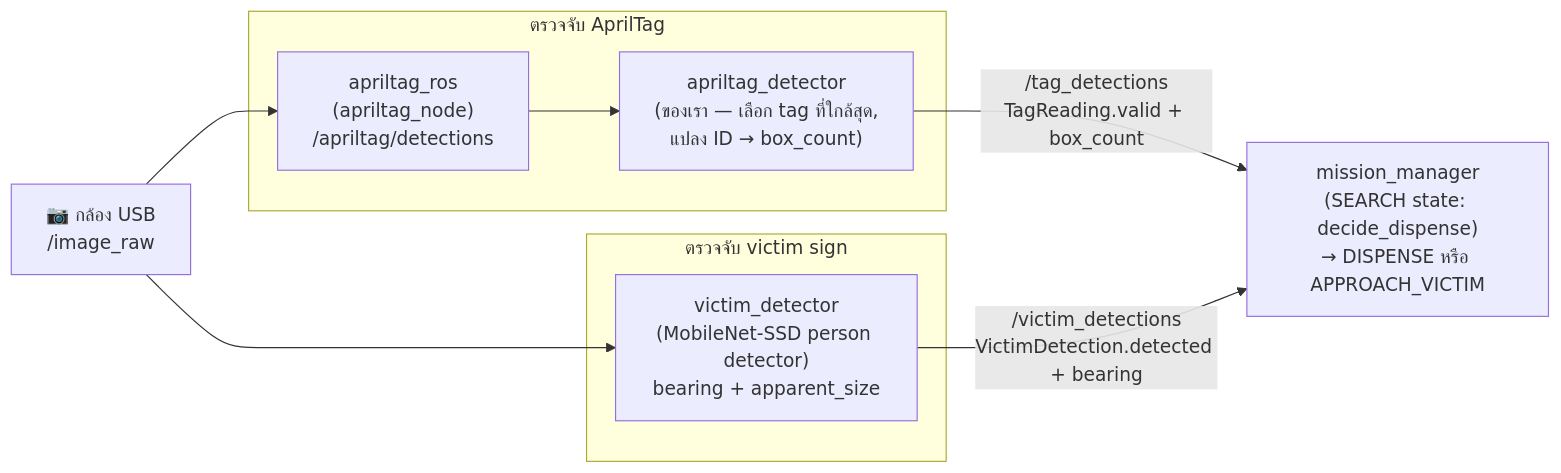
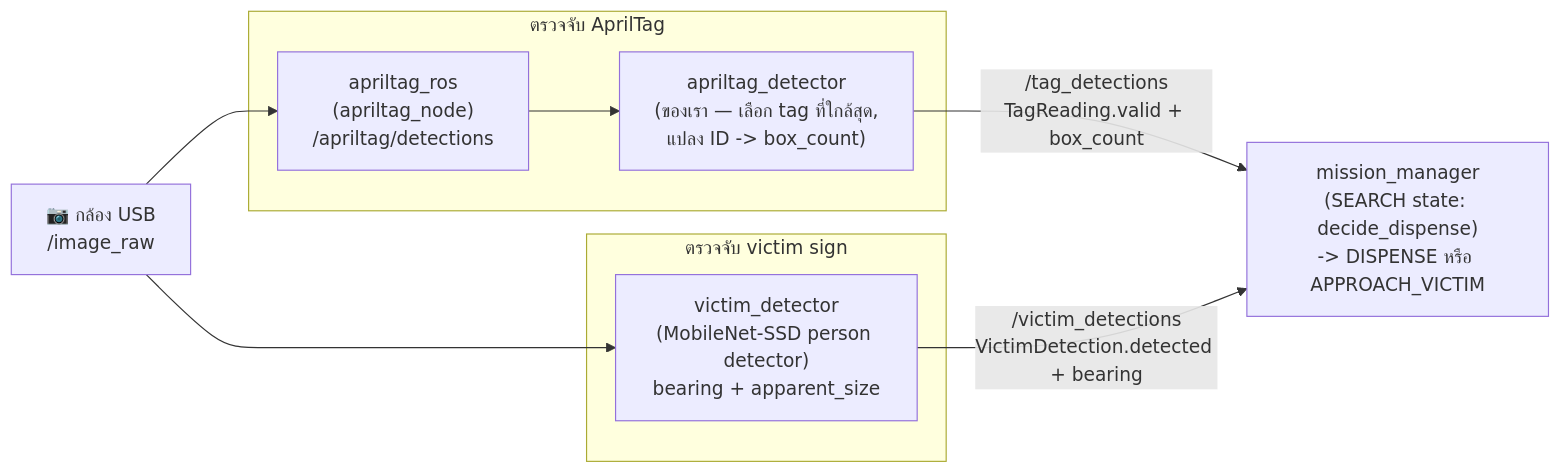
One commit to robotkub/turtlebot3 changed the diagram in docs/th/06-vision.md. Above: the diagram before and after it, drawn with Mermaid. The commit also changed other lines of this file and 34 other files, not shown here.

````diff
--- a/docs/th/06-vision.md
+++ b/docs/th/06-vision.md
@@ -19,22 +19,22 @@
 ```mermaid
 flowchart LR
     CAM["📷 กล้อง USB\n/image_raw"]
 
     subgraph Tag["ตรวจจับ AprilTag"]
         AT_ROS["apriltag_ros\n(apriltag_node)\n/apriltag/detections"]
-        AT_DET["apriltag_detector\n(ของเรา — เลือก tag ที่ใกล้สุด,\nแปลง ID → box_count)"]
+        AT_DET["apriltag_detector\n(ของเรา — เลือก tag ที่ใกล้สุด,\nแปลง ID -> box_count)"]
         AT_ROS --> AT_DET
     end
 
     subgraph Victim["ตรวจจับ victim sign"]
         VD["victim_detector\n(MobileNet-SSD person detector)\nbearing + apparent_size"]
     end
 
     CAM --> AT_ROS
     CAM --> VD
 
     AT_DET -->|"/tag_detections\nTagReading.valid + box_count"| MM
     VD -->|"/victim_detections\nVictimDetection.detected + bearing"| MM
 
-    MM["mission_manager\n(SEARCH state: decide_dispense)\n→ DISPENSE หรือ APPROACH_VICTIM"]
+    MM["mission_manager\n(SEARCH state: decide_dispense)\n-> DISPENSE หรือ APPROACH_VICTIM"]
 ```
````
